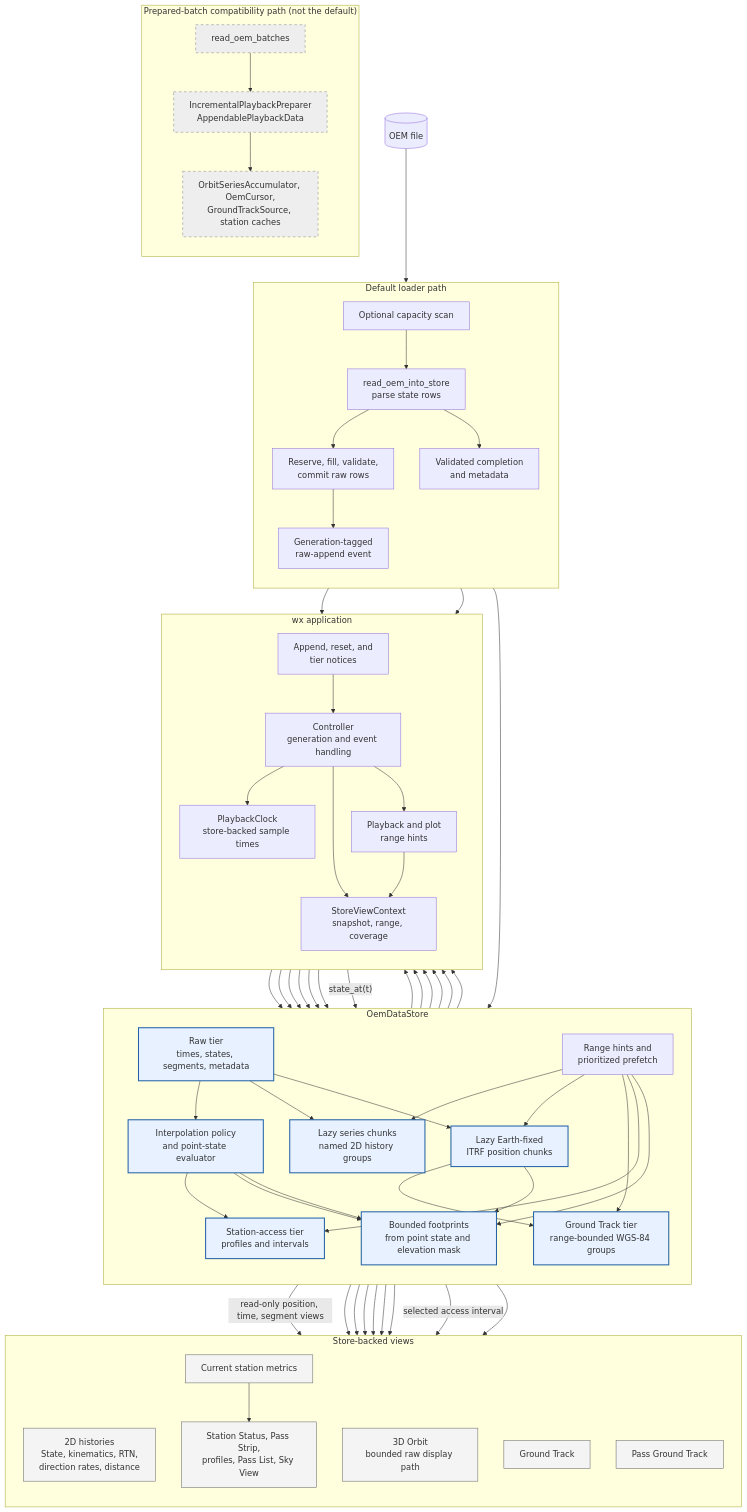
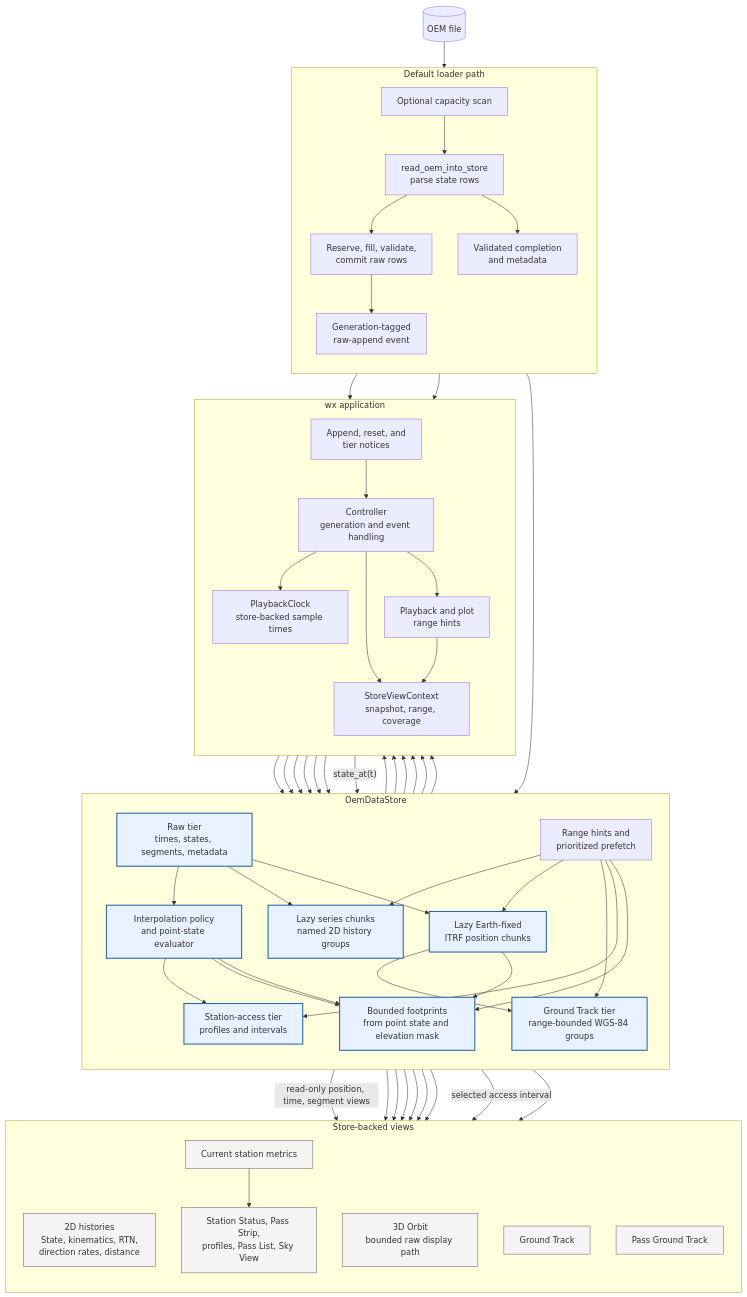
One commit to jeongyunl/ephem-toolkit changed the diagram in docs/architecture/play-oem/PLAY_OEM_DATAFLOW.mmd. Above: the diagram before and after it, drawn with Mermaid. The commit also changed 17 other files, not shown here.

Commit message:
OemDataStore: Remove `AppendablePlaybackData`, `PreparedPlaybackBatch`, `IncrementalPlaybackPreparer`

```diff
--- a/docs/architecture/play-oem/PLAY_OEM_DATAFLOW.mmd
+++ b/docs/architecture/play-oem/PLAY_OEM_DATAFLOW.mmd
@@ -1,107 +1,97 @@
 flowchart TD
     FILE[("OEM file")]
 
     subgraph WORKER["Default loader path"]
         direction TB
         CAPACITY["Optional capacity scan"]
         PARSE["read_oem_into_store<br/>parse state rows"]
         COMMIT["Reserve, fill, validate,<br/>commit raw rows"]
         RAW_EVENT["Generation-tagged<br/>raw-append event"]
         COMPLETE["Validated completion<br/>and metadata"]
         CAPACITY --> PARSE
         PARSE --> COMMIT
         COMMIT --> RAW_EVENT
         PARSE --> COMPLETE
     end
 
     subgraph STORE["OemDataStore"]
         direction TB
         RAW["Raw tier<br/>times, states, segments, metadata"]
         POLICY["Interpolation policy<br/>and point-state evaluator"]
         SERIES["Lazy series chunks<br/>named 2D history groups"]
         EARTH_FIXED["Lazy Earth-fixed<br/>ITRF position chunks"]
         GROUND_TRACK["Ground Track tier<br/>range-bounded WGS-84 groups"]
         ACCESS["Station-access tier<br/>profiles and intervals"]
         FOOTPRINT["Bounded footprints<br/>from point state and elevation mask"]
         SCHEDULER["Range hints and<br/>prioritized prefetch"]
         RAW --> POLICY
         RAW --> SERIES
         RAW --> EARTH_FIXED
         EARTH_FIXED --> GROUND_TRACK
         POLICY --> ACCESS
         POLICY --> FOOTPRINT
         EARTH_FIXED --> FOOTPRINT
         SCHEDULER --> SERIES
         SCHEDULER --> EARTH_FIXED
         SCHEDULER --> GROUND_TRACK
         SCHEDULER --> ACCESS
         SCHEDULER --> FOOTPRINT
     end
 
     subgraph APP["wx application"]
         direction TB
         CONTROLLER["Controller<br/>generation and event handling"]
         CONTEXT["StoreViewContext<br/>snapshot, range, coverage"]
         CLOCK["PlaybackClock<br/>store-backed sample times"]
         RANGE["Playback and plot<br/>range hints"]
         TIER_NOTICE["Append, reset, and<br/>tier notices"]
         CONTROLLER --> CONTEXT
         CONTROLLER --> CLOCK
         CONTROLLER --> RANGE
         RAW --> TIER_NOTICE
         SERIES --> TIER_NOTICE
         EARTH_FIXED --> TIER_NOTICE
         GROUND_TRACK --> TIER_NOTICE
         ACCESS --> TIER_NOTICE
         FOOTPRINT --> TIER_NOTICE
         TIER_NOTICE --> CONTROLLER
     end
 
     subgraph VIEWS["Store-backed views"]
         direction TB
         HISTORIES["2D histories<br/>State, kinematics, RTN,<br/>direction rates, distance"]
         TRAJECTORY["3D Orbit<br/>bounded raw display path"]
         TRACK_VIEW["Ground Track"]
         STATION_VIEWS["Station Status, Pass Strip,<br/>profiles, Pass List, Sky View"]
         PASS_TRACK["Pass Ground Track"]
         CURRENT_METRICS["Current station metrics"]
     end
 
     FILE --> CAPACITY
     COMMIT --> RAW
     RAW_EVENT --> CONTROLLER
     COMPLETE --> CONTROLLER
     RANGE --> CONTEXT
     RANGE --> SCHEDULER
     CONTEXT --> SERIES
     CONTEXT --> GROUND_TRACK
     CONTEXT --> ACCESS
     CONTEXT --> FOOTPRINT
     CONTEXT --> RAW
     RAW -->|"read-only position, time, segment views"| TRAJECTORY
     CLOCK -->|"state_at(t)"| POLICY
     POLICY --> TRAJECTORY
     POLICY --> CURRENT_METRICS
     POLICY --> FOOTPRINT
     SERIES --> HISTORIES
     GROUND_TRACK --> TRACK_VIEW
     GROUND_TRACK --> PASS_TRACK
     ACCESS --> STATION_VIEWS
     ACCESS -->|"selected access interval"| PASS_TRACK
     FOOTPRINT --> TRACK_VIEW
     CURRENT_METRICS --> STATION_VIEWS
 
-    subgraph LEGACY["Prepared-batch compatibility path (not the default)"]
-        direction TB
-        BATCH["read_oem_batches"]
-        PREPARE["IncrementalPlaybackPreparer<br/>AppendablePlaybackData"]
-        OWNERS["OrbitSeriesAccumulator, OemCursor,<br/>GroundTrackSource, station caches"]
-        BATCH --> PREPARE --> OWNERS
-    end
-
     classDef store fill:#e8f1ff,stroke:#2463a6,stroke-width:2px
     classDef view fill:#f4f4f4,stroke:#666
-    classDef legacy fill:#eee,stroke:#888,stroke-dasharray:5 5
     class RAW,POLICY,SERIES,EARTH_FIXED,GROUND_TRACK,ACCESS,FOOTPRINT store
     class HISTORIES,TRAJECTORY,TRACK_VIEW,STATION_VIEWS,PASS_TRACK,CURRENT_METRICS view
-    class BATCH,PREPARE,OWNERS legacy
```
